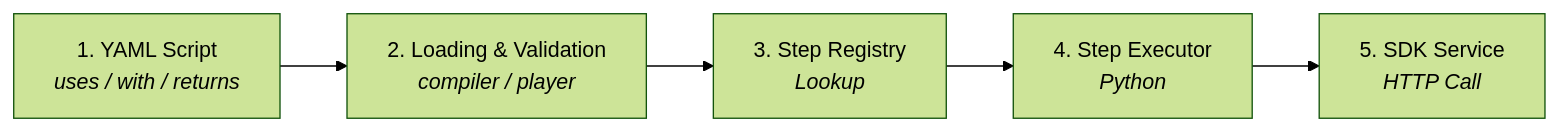
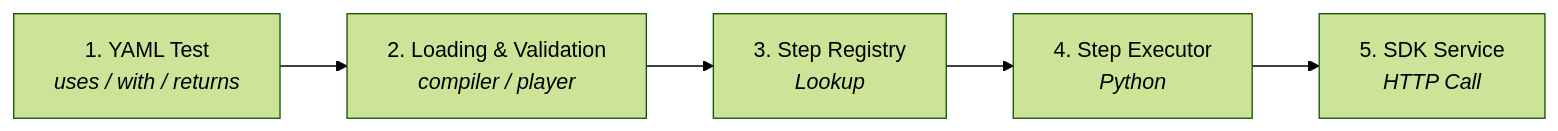
The first of 5 diagrams in docs/developer/block-lifecycle.md (eclipse-tractusx/tractusx-testlab), drawn with Mermaid (forest theme) before and after one commit. The commit also changed other lines of this file and 267 other files, not shown here.

````diff
--- a/docs/developer/block-lifecycle.md
+++ b/docs/developer/block-lifecycle.md
@@ -44,7 +44,7 @@
 ```mermaid
 flowchart LR
-    A["1. YAML Script<br/><i>uses / with / returns</i>"] --> B["2. Loading &amp; Validation<br/><i>compiler / player</i>"]
+    A["1. YAML Test<br/><i>uses / with / returns</i>"] --> B["2. Loading &amp; Validation<br/><i>compiler / player</i>"]
     B --> C["3. Step Registry<br/><i>Lookup</i>"]
     C --> D["4. Step Executor<br/><i>Python</i>"]
     D --> E["5. SDK Service<br/><i>HTTP Call</i>"]
 ```
````
